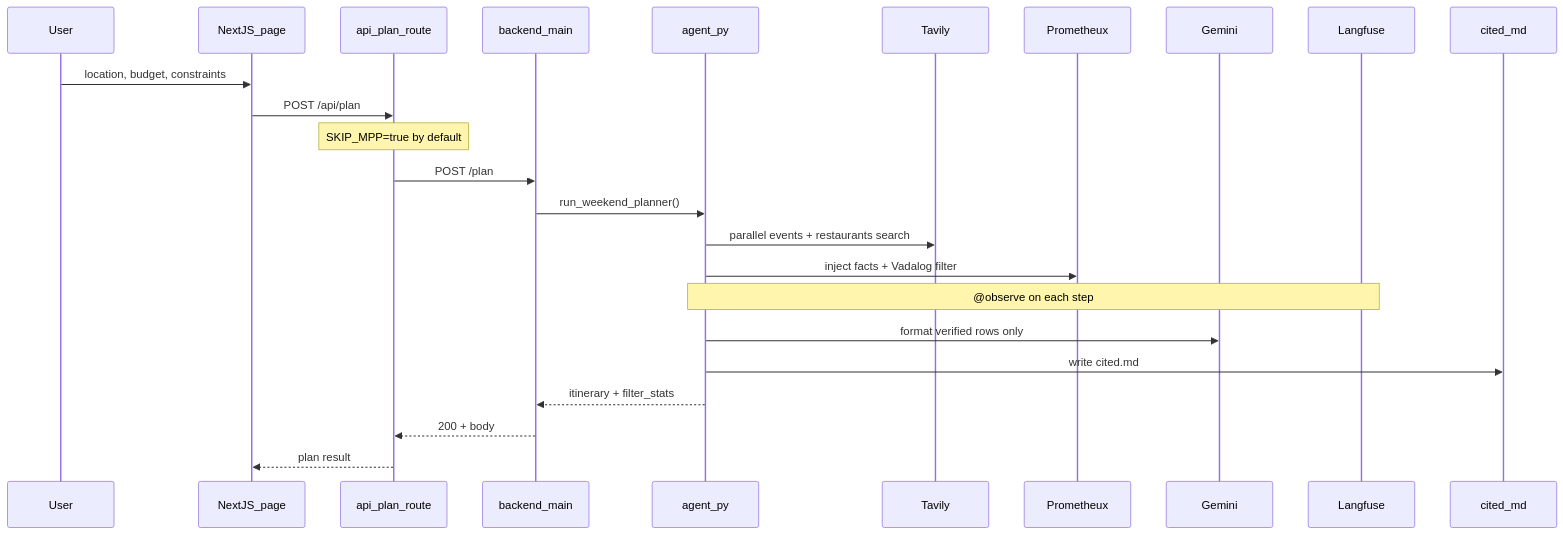
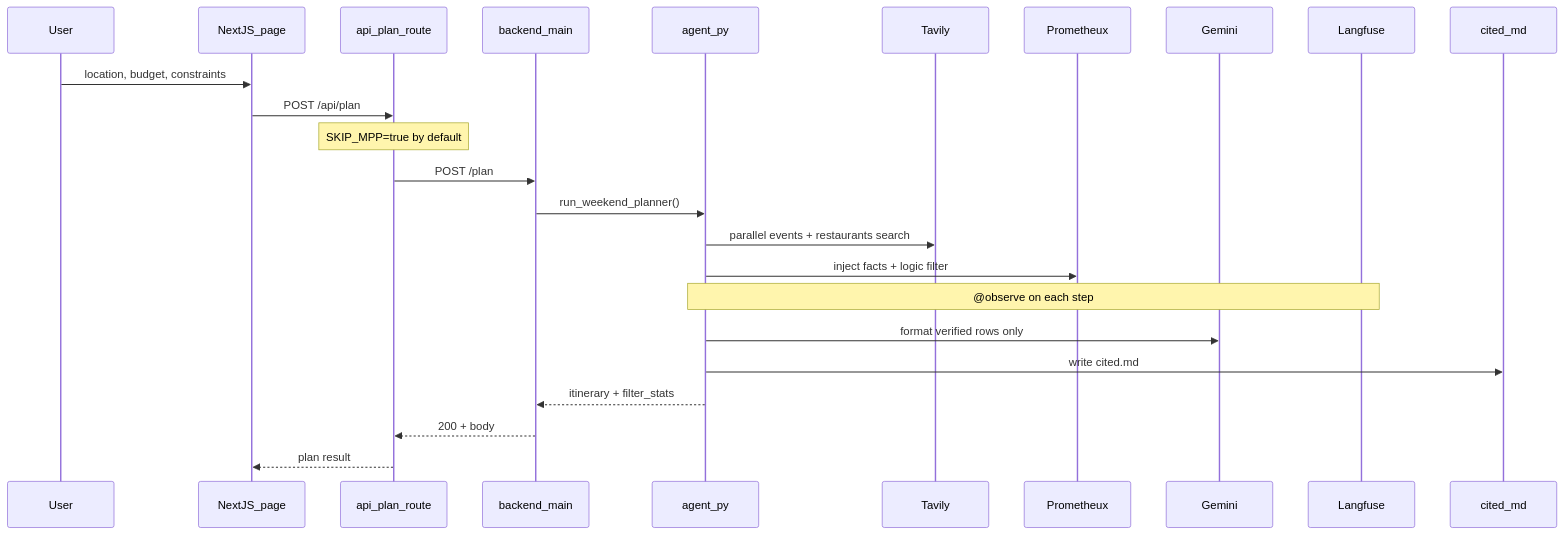
One commit to 5hadowblaze/sidequest changed the second of 2 diagrams in Design.md. Above: the diagram before and after it, drawn with Mermaid. The commit also changed other lines of this file and 4 other files, not shown here.

````diff
--- a/Design.md
+++ b/Design.md
@@ -166,27 +194,27 @@
 ```mermaid
 sequenceDiagram
     participant User
     participant NextUI as NextJS_page
     participant API as api_plan_route
     participant FastAPI as backend_main
     participant Agent as agent_py
     participant Tavily
     participant Prometheux
     participant Gemini
     participant Langfuse
     participant File as cited_md
 
     User->>NextUI: location, budget, constraints
     NextUI->>API: POST /api/plan
     Note over API: SKIP_MPP=true by default
     API->>FastAPI: POST /plan
     FastAPI->>Agent: run_weekend_planner()
     Agent->>Tavily: parallel events + restaurants search
-    Agent->>Prometheux: inject facts + Vadalog filter
+    Agent->>Prometheux: inject facts + logic filter
     Note over Agent,Langfuse: @observe on each step
     Agent->>Gemini: format verified rows only
     Agent->>File: write cited.md
     Agent-->>FastAPI: itinerary + filter_stats
     FastAPI-->>API: 200 + body
     API-->>NextUI: plan result
 ```
````
